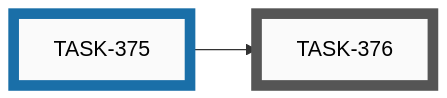
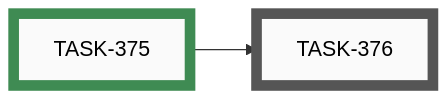
One commit to tgd1975/AwesomeGuitarPedal changed the eighth of 11 diagrams in docs/developers/tasks/EPICS.md. Above: the diagram before and after it, drawn with Mermaid. The commit also changed other lines of this file and 3 other files, not shown here.

First line of the commit message:
close TASK-375: debounceMs contract — schema, example, Dart model, JSON parser

````diff
--- a/docs/developers/tasks/EPICS.md
+++ b/docs/developers/tasks/EPICS.md
@@ -277,16 +277,16 @@
 ```mermaid
 graph LR
     TASK_376["TASK-376"]:::open
-    TASK_375["TASK-375"]:::active
+    TASK_375["TASK-375"]:::closed
     TASK_375 --> TASK_376
     click TASK_376 "open/task-376-esp32-button-reads-debouncems-from-hardware-config.md"
-    click TASK_375 "active/task-375-add-debouncems-to-hardware-config-schema-and-model.md"
+    click TASK_375 "closed/task-375-add-debouncems-to-hardware-config-schema-and-model.md"
     classDef open    fill:#FAFAFA,stroke:#555,stroke-width:8px,color:#000
     classDef active  fill:#FAFAFA,stroke:#1A6FA8,stroke-width:8px,color:#000
     classDef closed  fill:#FAFAFA,stroke:#3F8B53,stroke-width:8px,color:#000
     classDef paused  fill:#FAFAFA,stroke:#B07810,stroke-width:8px,color:#000
     classDef openExt    fill:#000,stroke:#888,stroke-width:8px,color:#FFF
     classDef activeExt  fill:#000,stroke:#3FA9F5,stroke-width:8px,color:#FFF
     classDef closedExt  fill:#000,stroke:#7CC68A,stroke-width:8px,color:#FFF
     classDef pausedExt  fill:#000,stroke:#F0B030,stroke-width:8px,color:#FFF
 ```
````
